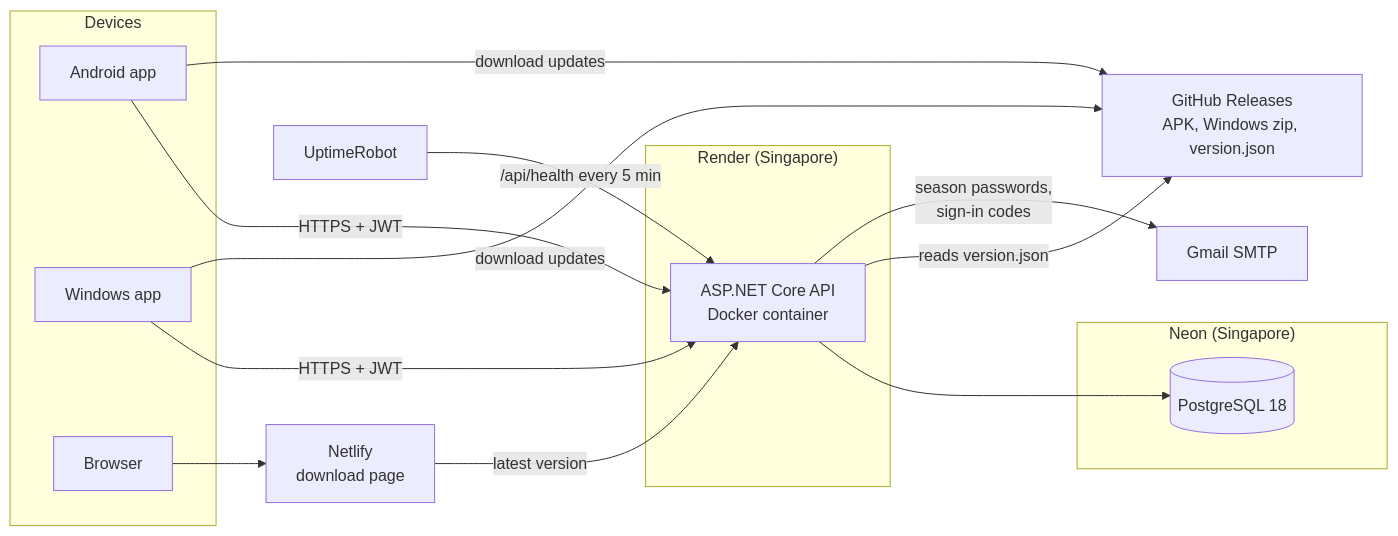
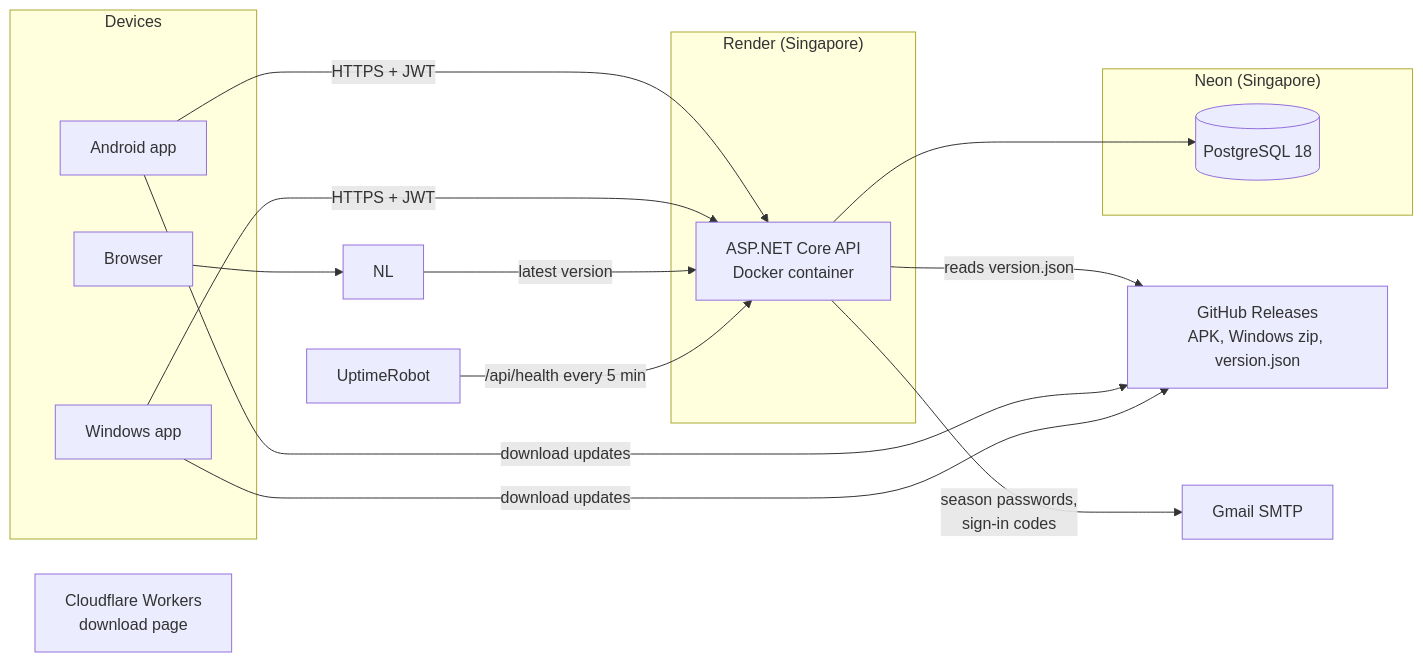
The diagram in DOCUMENTATION.md (PlayerOne-bit/sti_legazpi_evoter), drawn with Mermaid before and after one commit. The commit also changed other lines of this file and 5 other files, not shown here.

Commit message:
Deploy download site on Cloudflare Workers

````diff
--- a/DOCUMENTATION.md
+++ b/DOCUMENTATION.md
@@ -17,28 +17,28 @@
 ```mermaid
 flowchart LR
     subgraph Devices
         A[Android app]
         W[Windows app]
         B[Browser]
     end
     subgraph Render["Render (Singapore)"]
         API[ASP.NET Core API<br/>Docker container]
     end
     subgraph Neon["Neon (Singapore)"]
         DB[(PostgreSQL 18)]
     end
     GH[GitHub Releases<br/>APK, Windows zip, version.json]
-    NL[Netlify<br/>download page]
+    CF[Cloudflare Workers<br/>download page]
     GM[Gmail SMTP]
     UR[UptimeRobot]
 
     A -- HTTPS + JWT --> API
     W -- HTTPS + JWT --> API
     B --> NL
     NL -- latest version --> API
     API --> DB
     API -- reads version.json --> GH
     A & W -- download updates --> GH
     API -- season passwords,<br/>sign-in codes --> GM
     UR -- /api/health every 5 min --> API
 ```
````
